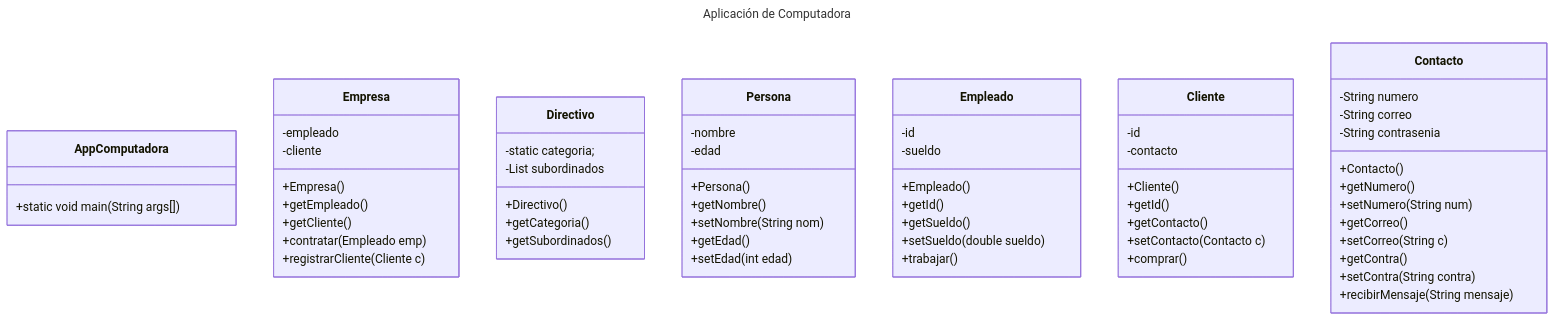
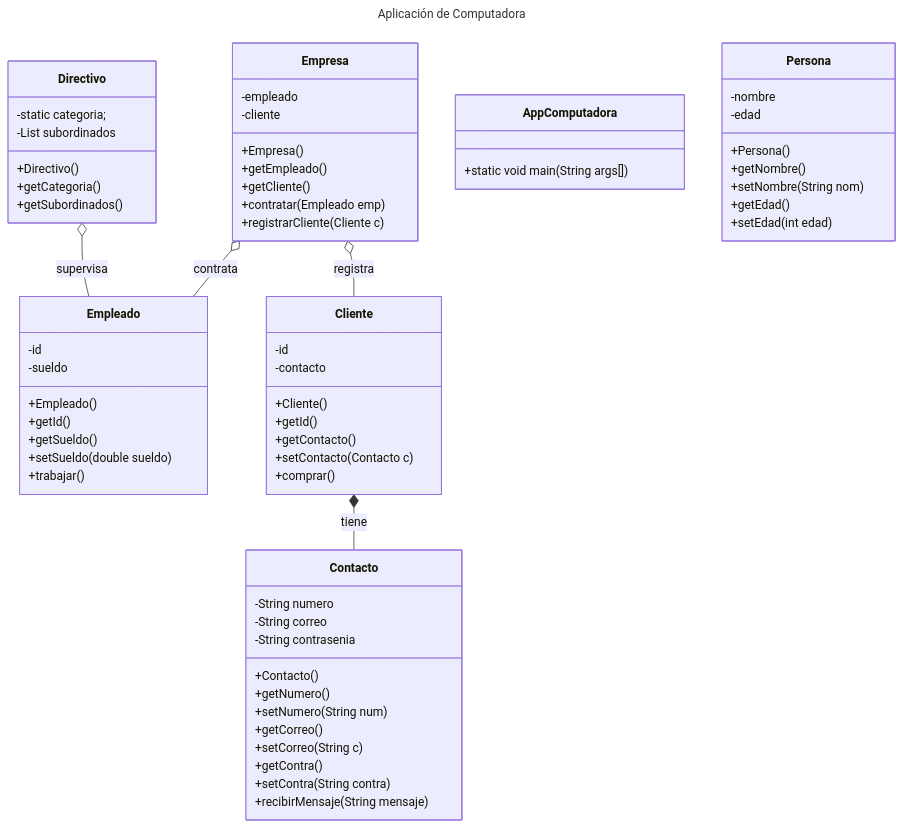
One commit to mauryci2/Jaime-Felix-POO-Base changed the diagram in README.md. Above: the diagram before and after it, drawn with Mermaid.

Commit message:
añadi las relaciones entre clases

````diff
--- a/README.md
+++ b/README.md
@@ -7,65 +7,70 @@
 ```mermaid
 ---
 title: Aplicación de Computadora
 ---
 classDiagram
+      %% Relaciones de agregación / composición
+      Empresa o-- Empleado : contrata
+      Empresa o-- Cliente : registra
+      Cliente *-- Contacto : tiene
+      Directivo o-- Empleado : supervisa
       class AppComputadora{
             +static void main(String args[])
       }
       class Empresa{
             -empleado
             -cliente
             +Empresa()
             +getEmpleado()
             +getCliente()
             +contratar(Empleado emp)
             +registrarCliente(Cliente c)
       }
       class Directivo{
             -static categoria;
             -List<Empleado> subordinados
             +Directivo()
             +getCategoria()
             +getSubordinados()
       }      
       class Persona{
             -nombre
             -edad
             +Persona()
             +getNombre()
             +setNombre(String nom)
             +getEdad()
             +setEdad(int edad)
       }
       class Empleado{
             -id
             -sueldo
              +Empleado()
             +getId()
             +getSueldo()
             +setSueldo(double sueldo)
             +trabajar()
       }
       class Cliente{
             -id
             -contacto
             +Cliente()
             +getId()
             +getContacto()
             +setContacto(Contacto c)
             +comprar()
       }
       class Contacto{
             -String numero
             -String correo
             -String contrasenia
             +Contacto()
             +getNumero()
             +setNumero(String num)
             +getCorreo()
             +setCorreo(String c)
             +getContra()
             +setContra(String contra)
             +recibirMensaje(String mensaje)
       }
 ```
````
